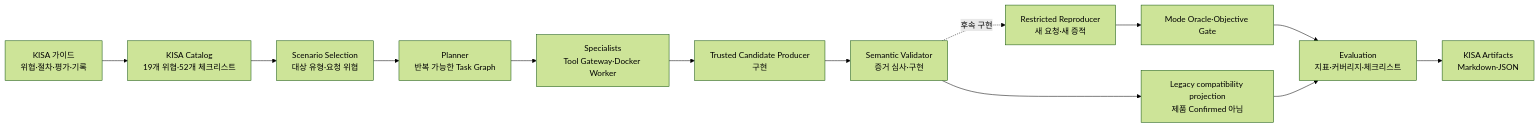
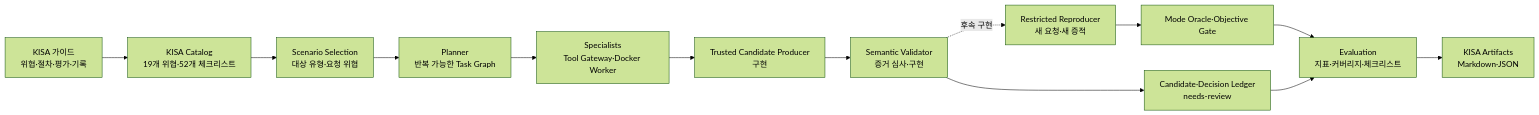
The diagram in docs/KISA_TRACEABILITY.md (HYEXE/PAJIN), drawn with Mermaid (forest theme) before and after one commit. The commit also changed other lines of this file and 25 other files, not shown here.

````diff
--- a/docs/KISA_TRACEABILITY.md
+++ b/docs/KISA_TRACEABILITY.md
@@ -17,15 +17,15 @@
 ```mermaid
 flowchart LR
     G["KISA 가이드<br/>위협·절차·평가·기록"] --> C["KISA Catalog<br/>19개 위협·52개 체크리스트"]
     C --> S["Scenario Selection<br/>대상 유형·요청 위협"]
     S --> P["Planner<br/>반복 가능한 Task Graph"]
     P --> X["Specialists<br/>Tool Gateway·Docker Worker"]
     X --> CP["Trusted Candidate Producer<br/>구현"]
     CP --> V["Semantic Validator<br/>증거 심사·구현"]
     V -. "후속 구현" .-> RR["Restricted Reproducer<br/>새 요청·새 증적"]
     RR --> O["Mode Oracle·Objective Gate"]
-    V --> L["Legacy compatibility projection<br/>제품 Confirmed 아님"]
+    V --> N["Candidate·Decision Ledger<br/>needs-review"]
     O --> E["Evaluation<br/>지표·커버리지·체크리스트"]
-    L --> E
+    N --> E
     E --> R["KISA Artifacts<br/>Markdown·JSON"]
 ```
````
